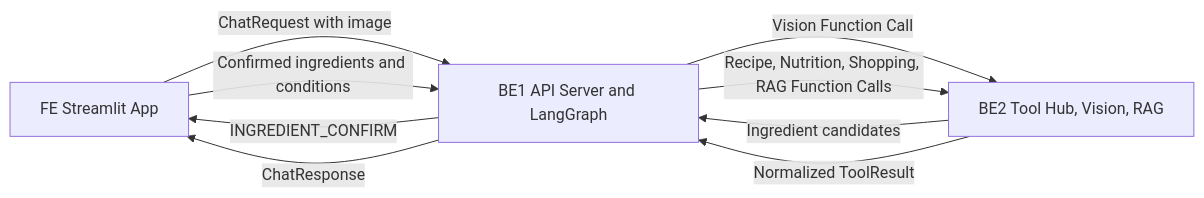
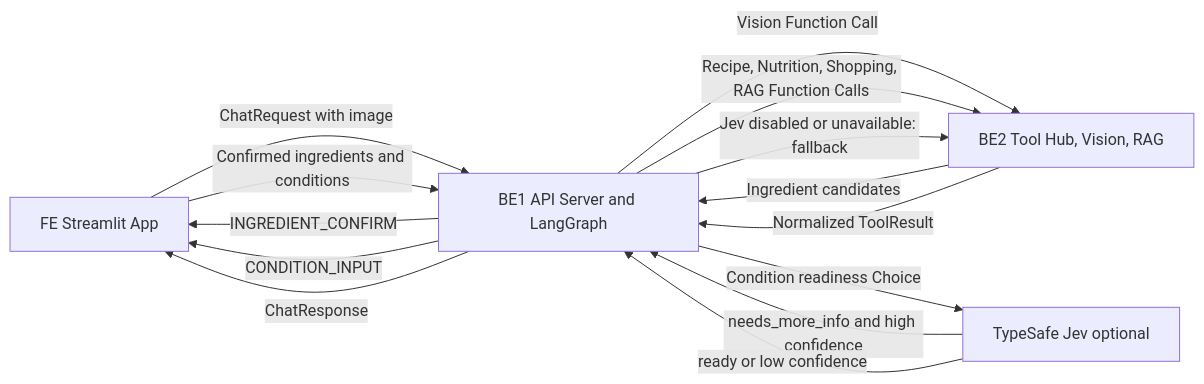
One commit to DongJunee/2026_aio2_p2_PlanEat_Backend changed the fourth of 4 diagrams in docs/data-flow.md. Above: the diagram before and after it, drawn with Mermaid. The commit also changed other lines of this file, not shown here.

Commit message:
modify data flow

````diff
--- a/docs/data-flow.md
+++ b/docs/data-flow.md
@@ -105,11 +142,16 @@
 ```mermaid
 flowchart LR
     FE[FE Streamlit App] -->|ChatRequest with image| BE1[BE1 API Server and LangGraph]
     BE1 -->|Vision Function Call| BE2[BE2 Tool Hub, Vision, RAG]
     BE2 -->|Ingredient candidates| BE1
     BE1 -->|INGREDIENT_CONFIRM| FE
     FE -->|Confirmed ingredients and conditions| BE1
+    BE1 -->|Condition readiness Choice| JEV[TypeSafe Jev optional]
+    JEV -->|needs_more_info and high confidence| BE1
+    BE1 -->|CONDITION_INPUT| FE
+    JEV -->|ready or low confidence| BE1
     BE1 -->|Recipe, Nutrition, Shopping, RAG Function Calls| BE2
+    BE1 -->|Jev disabled or unavailable: fallback| BE2
     BE2 -->|Normalized ToolResult| BE1
     BE1 -->|ChatResponse| FE
 ```
````
